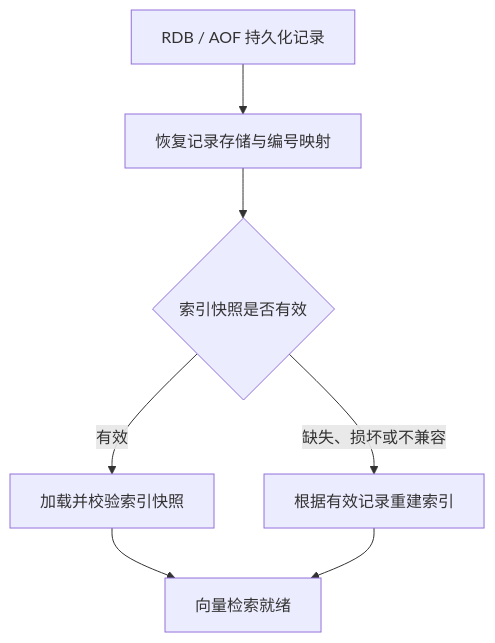
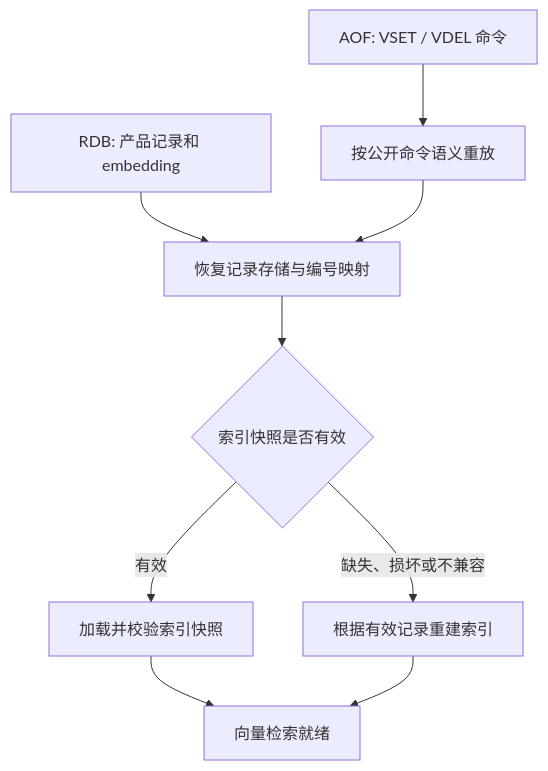
The third of 3 diagrams in README.md (208822032/Roven), drawn with Mermaid before and after one commit. The commit also changed other lines of this file and 79 other files, not shown here.

````diff
--- a/README.md
+++ b/README.md
@@ -245,9 +246,11 @@
 ```mermaid
 flowchart TD
-    P[RDB / AOF 持久化记录] --> M[恢复记录存储与编号映射]
+    RDB[RDB: 产品记录和 embedding] --> M[恢复记录存储与编号映射]
+    AOF[AOF: VSET / VDEL 命令] --> REPLAY[按公开命令语义重放]
+    REPLAY --> M
     M --> CHECK{索引快照是否有效}
     CHECK -->|有效| LOAD[加载并校验索引快照]
     CHECK -->|缺失、损坏或不兼容| BUILD[根据有效记录重建索引]
     LOAD --> READY[向量检索就绪]
     BUILD --> READY
 ```
````
